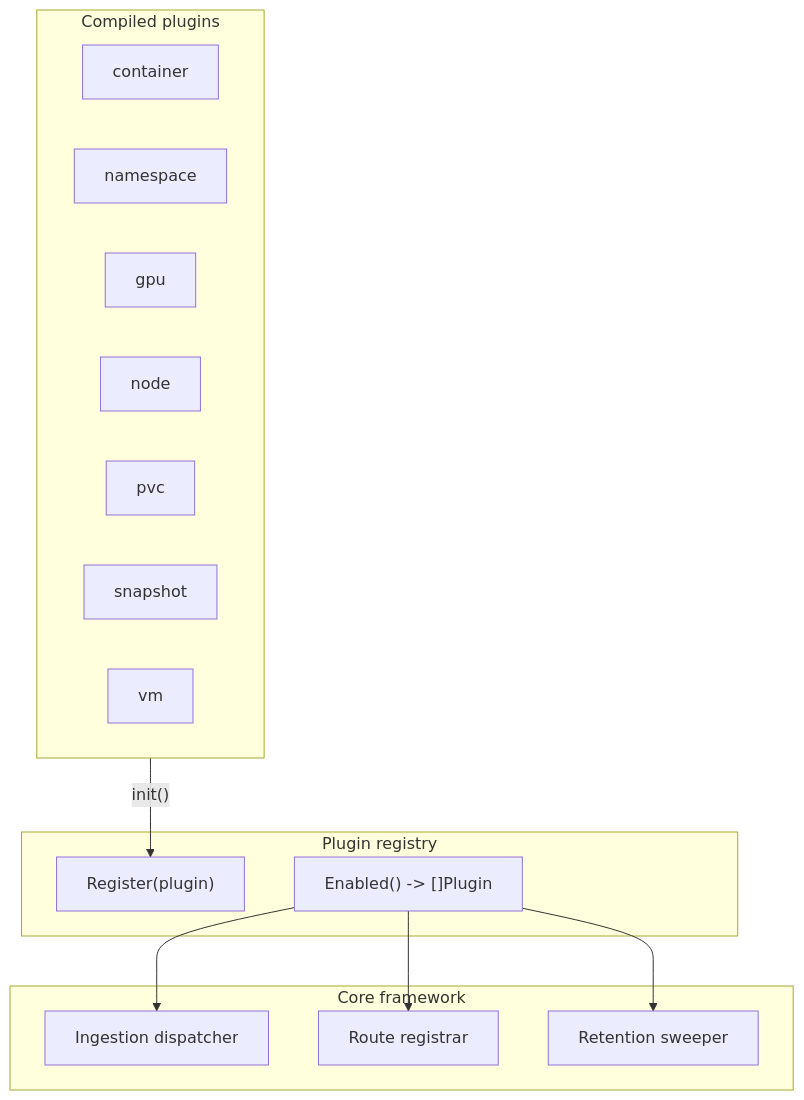
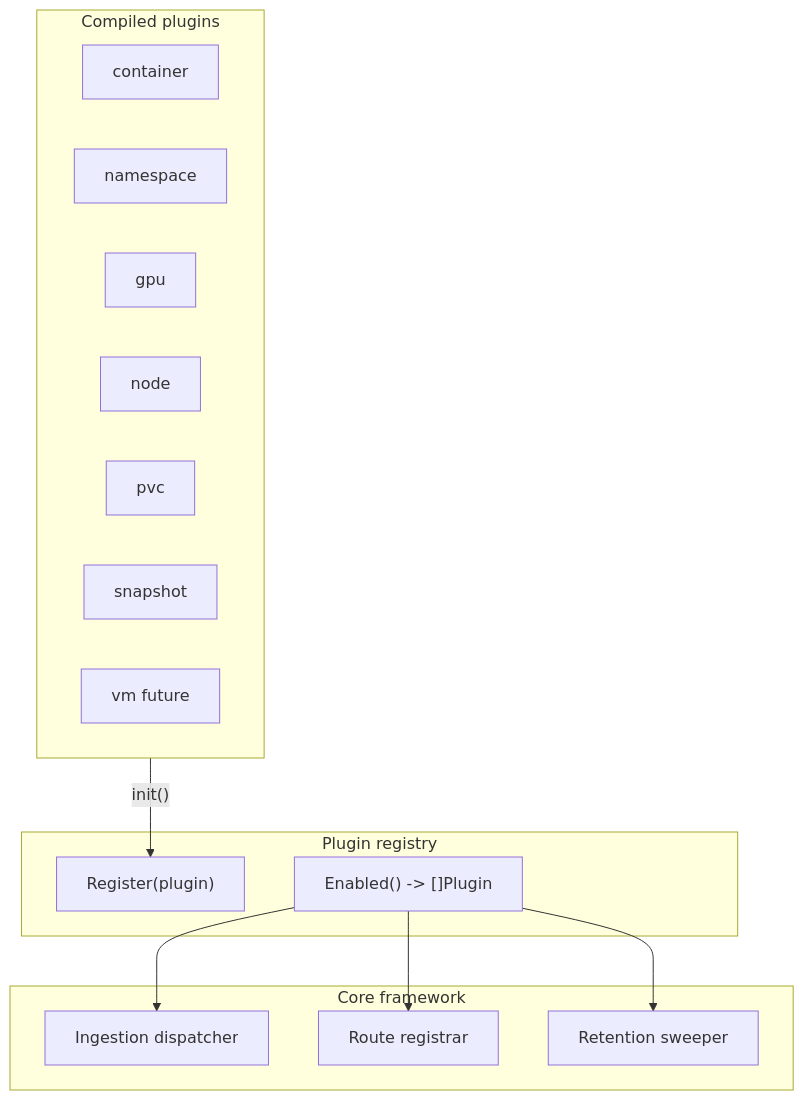
The diagram in docs-site/architecture/plugin-architecture.md (pgarciaq/ros-ocp-backend), drawn with Mermaid before and after one commit. The commit also changed other lines of this file and 18 other files, not shown here.

First line of the commit message:
Refresh live Architecture docs links and config defaults

````diff
--- a/docs-site/architecture/plugin-architecture.md
+++ b/docs-site/architecture/plugin-architecture.md
@@ -98,28 +99,28 @@
 ```mermaid
 flowchart TB
     subgraph registry [Plugin registry]
         Register["Register(plugin)"]
         Enabled["Enabled() -> []Plugin"]
     end
 
     subgraph plugins [Compiled plugins]
         Container[container]
         Namespace[namespace]
         GPU[gpu]
         Node[node]
         PVC[pvc]
         Snapshot[snapshot]
-        VM[vm]
+        VM["vm future"]
     end
 
     subgraph core [Core framework]
         Ingest[Ingestion dispatcher]
         APIReg[Route registrar]
         Retain[Retention sweeper]
     end
 
     plugins -->|"init()"| Register
     Enabled --> Ingest
     Enabled --> APIReg
     Enabled --> Retain
 ```
````
